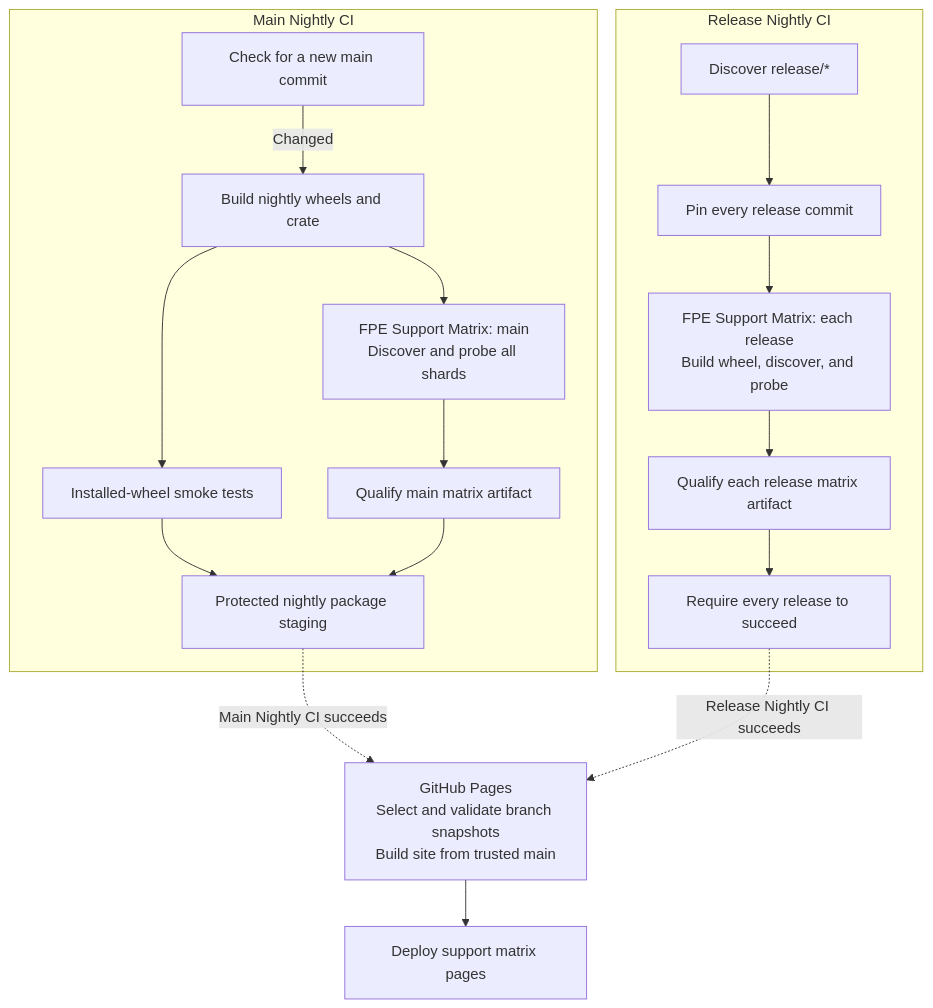
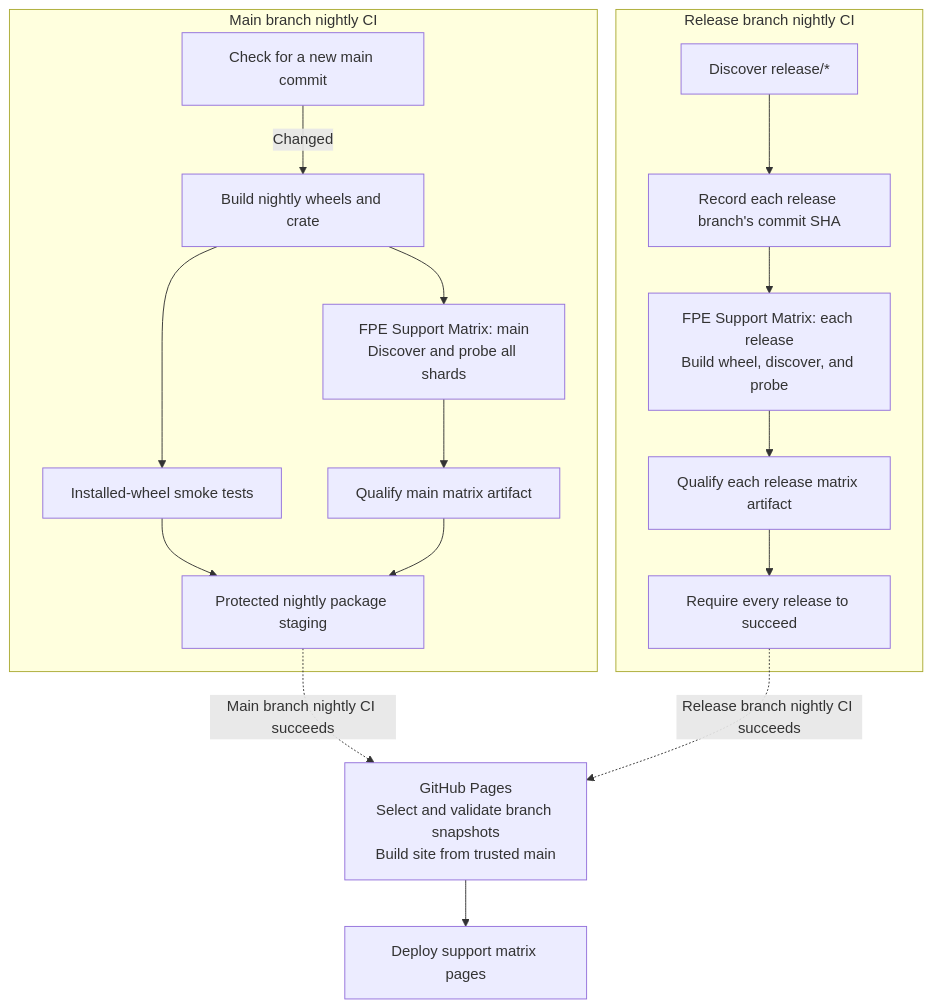
Before and after one commit to ai-dynamo/aisimulate: the second of 2 diagrams in docs/ci.md, drawn with Mermaid. The commit also changed other lines of this file and 4 other files, not shown here.

Commit message:
docs(ci): clarify nightly branch and commit labels

````diff
--- a/docs/ci.md
+++ b/docs/ci.md
@@ -63,22 +63,22 @@
 ```mermaid
 flowchart TD
-    subgraph MainNightly["Main Nightly CI"]
+    subgraph MainNightly["Main branch nightly CI"]
         MainGuard["Check for a new main commit"] -->|Changed| Build["Build nightly wheels and crate"]
         Build --> Smoke["Installed-wheel smoke tests"]
         Build --> MainFPE["FPE Support Matrix: main<br/>Discover and probe all shards"]
         MainFPE --> MainQualified["Qualify main matrix artifact"]
         Smoke --> NightlyStage["Protected nightly package staging"]
         MainQualified --> NightlyStage
     end
 
-    subgraph ReleaseNightly["Release Nightly CI"]
-        Discover["Discover release/*"] --> Pin["Pin every release commit"]
+    subgraph ReleaseNightly["Release branch nightly CI"]
+        Discover["Discover release/*"] --> Pin["Record each release branch's commit SHA"]
         Pin --> PerRelease["FPE Support Matrix: each release<br/>Build wheel, discover, and probe"]
         PerRelease --> ReleaseQualified["Qualify each release matrix artifact"]
         ReleaseQualified --> AllReleases["Require every release to succeed"]
     end
 
-    NightlyStage -.->|Main Nightly CI succeeds| Pages["GitHub Pages<br/>Select and validate branch snapshots<br/>Build site from trusted main"]
-    AllReleases -.->|Release Nightly CI succeeds| Pages
+    NightlyStage -.->|Main branch nightly CI succeeds| Pages["GitHub Pages<br/>Select and validate branch snapshots<br/>Build site from trusted main"]
+    AllReleases -.->|Release branch nightly CI succeeds| Pages
     Pages --> Deploy["Deploy support matrix pages"]
 ```
````
